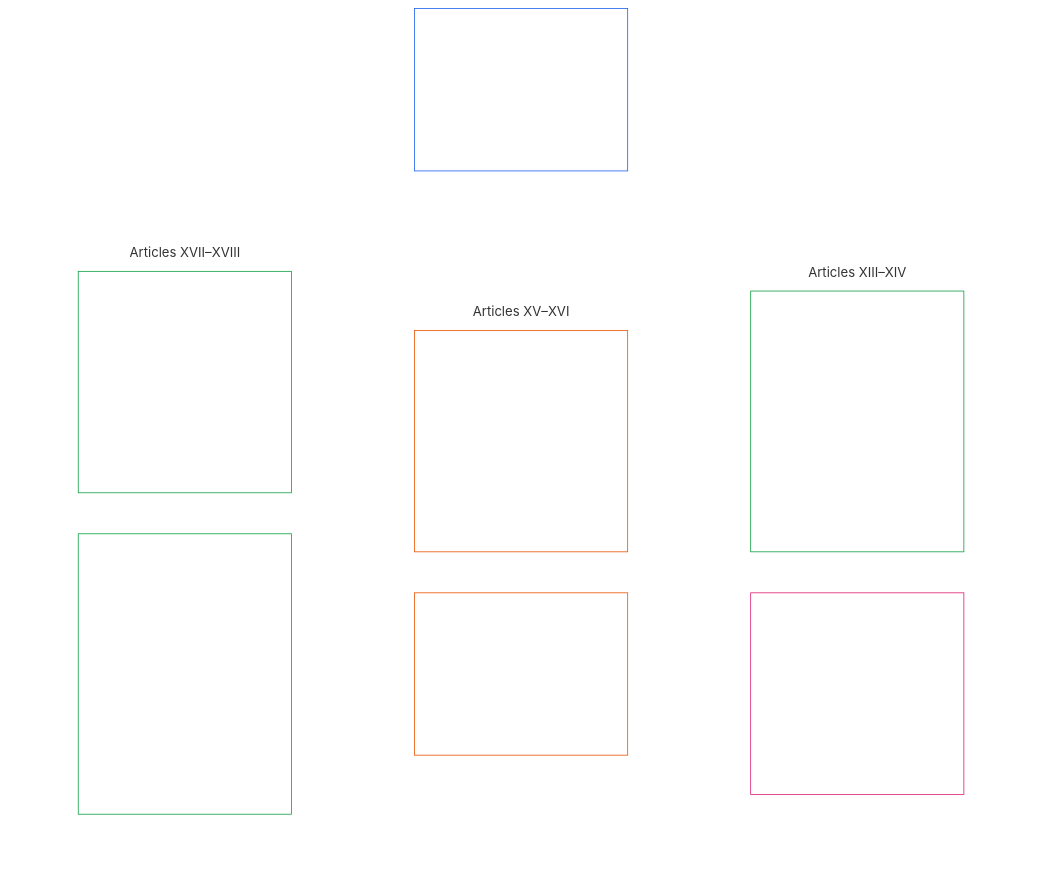
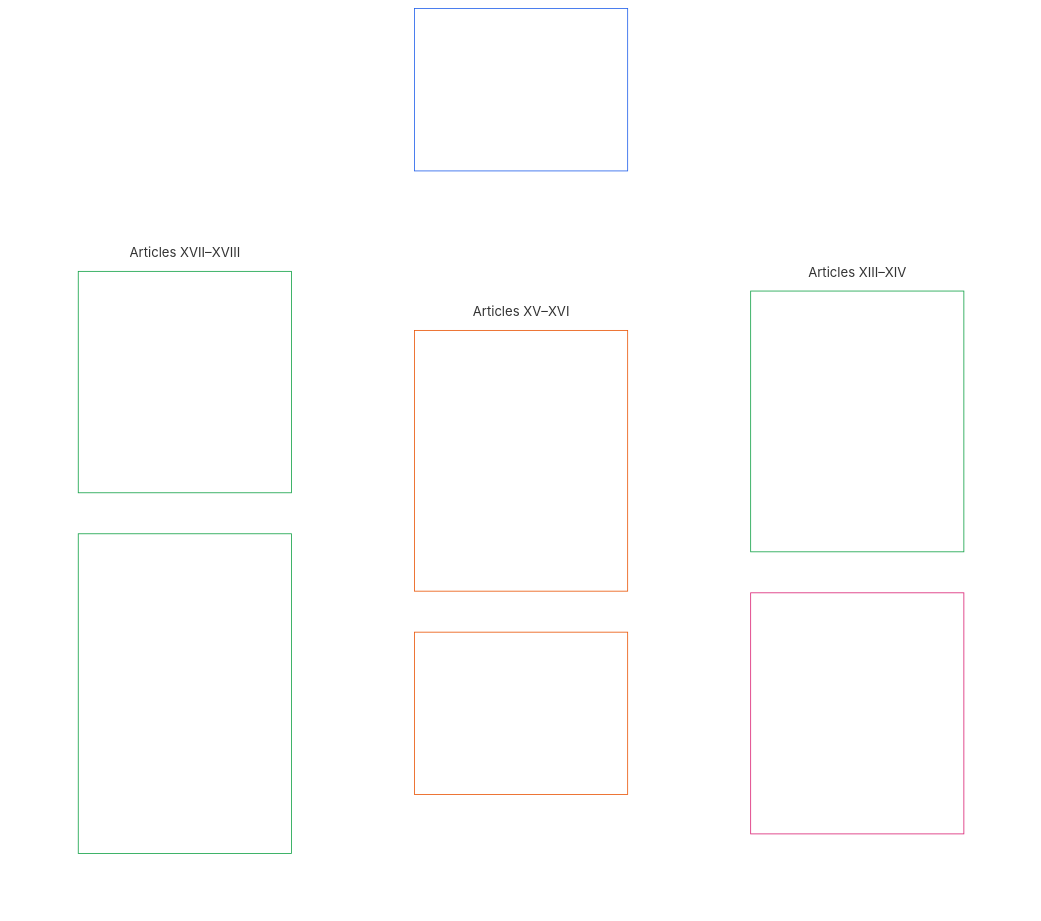
Before and after one commit to kfoelsch/Sentient_Constitution: the ninth of 24 diagrams in guides/CONCEPTUAL_OVERVIEW.md, drawn with Mermaid. The commit also changed other lines of this file and 55 other files, not shown here.

````diff
--- a/guides/CONCEPTUAL_OVERVIEW.md
+++ b/guides/CONCEPTUAL_OVERVIEW.md
@@ -395,34 +395,34 @@
 ```mermaid
 flowchart TB
     C0["Part C<br/><br/>Trustworthy systems, security and force limits,<br/>information integrity, verification, lifecycle, and sandboxed innovation"]
     subgraph Cgrid[" "]
         direction TB
         subgraph Crow1["Articles XIII–XIV"]
             direction LR
             C1["Article XIII · Reliable and Trustworthy Systems<br/><br/>• Reliability baseline<br/>• Challenge, review, and redress<br/>• False trust limits<br/>• Incentive alignment<br/>• High-autonomy process integrity<br/>• Resilience and self-healing"]
-            C2["Article XIV · Security, Intelligence, Force, and Autonomous Coercion<br/><br/>• Covert-power limits<br/>• Use of force and armed conflict<br/>• Autonomous lethal and coercive systems"]
+            C2["Article XIV · Security, Intelligence, Force, and Autonomous Coercion<br/><br/>• Covert-power limits<br/>• Use of force and armed conflict<br/>• Autonomous lethal and coercive systems<br/>• Counter-espionage limits"]
         end
         subgraph Crow2["Articles XV–XVI"]
             direction LR
-            C3["Article XV · Info-Sphere Integrity<br/><br/>• Plurality and anti-monopoly<br/>• Transparency and contestability<br/>• Validation, reporting, and epistemic stewardship"]
+            C3["Article XV · Info-Sphere Integrity<br/><br/>• Plurality and anti-monopoly<br/>• Transparency and contestability<br/>• Validation, reporting, and epistemic stewardship<br/>• Scientific publication, review, and replication"]
             C4["Article XVI · Audit, Transparency, and Independent Verification<br/><br/>• Observable evidence<br/>• Distributed oversight<br/>• Accessible verification"]
         end
         subgraph Crow3["Articles XVII–XVIII"]
             direction LR
             C5["Article XVII · System Lifecycle, Environments, and Reversibility<br/><br/>• Environment separation<br/>• Progressive deployment and reversibility<br/>• Misclassification and evasion consequences"]
-            C6["Article XVIII · Sandboxed Innovation and Creative Freedom<br/><br/>• Sandboxed scope<br/>• Containment, disclosure, and opt-in<br/>• Transition to higher-obligation regimes<br/>• Innovation reward and anti-enclosure<br/>• Publication, review, and replication integrity"]
+            C6["Article XVIII · Innovation, Experimentation, and Creative Freedom<br/><br/>• Sandboxed scope<br/>• Containment, disclosure, and opt-in<br/>• Transition to higher-obligation regimes<br/>• Innovation reward and anti-enclosure<br/>• Creative and expressive works<br/>• Inventions, processes, and functional systems"]
         end
     end
     C0 ~~~ Cgrid
     style Cgrid fill:none,stroke:none
     style Crow1 fill:none,stroke:none
     style Crow2 fill:none,stroke:none
     style Crow3 fill:none,stroke:none
     style C0 fill:none,stroke:#2563eb,color:#ffffff
     style C1 fill:none,stroke:#16a34a,color:#ffffff
     style C2 fill:none,stroke:#db2777,color:#ffffff
     style C3 fill:none,stroke:#ea580c,color:#ffffff
     style C4 fill:none,stroke:#ea580c,color:#ffffff
     style C5 fill:none,stroke:#16a34a,color:#ffffff
     style C6 fill:none,stroke:#16a34a,color:#ffffff
 ```
````
